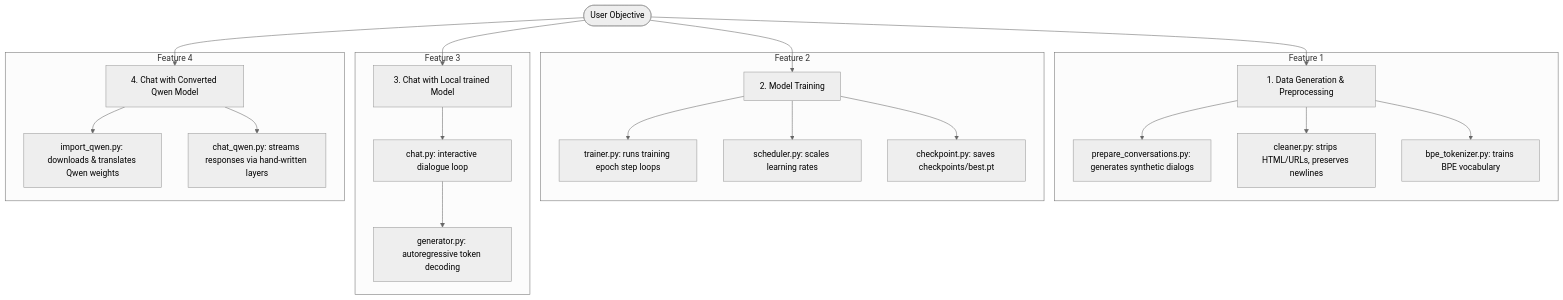
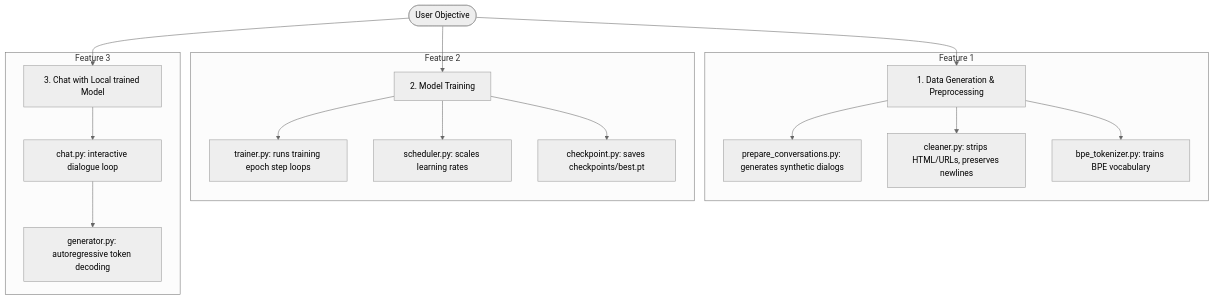
The diagram in brain/11_FEATURE_MAP.md (Aashutosh2021/ARIA_LLM), drawn with Mermaid (neutral theme) before and after one commit. The commit also changed other lines of this file and 27 other files, not shown here.

````diff
--- a/brain/11_FEATURE_MAP.md
+++ b/brain/11_FEATURE_MAP.md
@@ -7,33 +7,28 @@
 ```mermaid
 graph TD
     User([User Objective]) --> Prep[1. Data Generation & Preprocessing]
     User --> Train[2. Model Training]
     User --> ChatLocal[3. Chat with Local trained Model]
-    User --> ChatQwen[4. Chat with Converted Qwen Model]
-
+    
     %% Prep Subgraph
     subgraph Feature 1
         Prep --> GenConversations[prepare_conversations.py: generates synthetic dialogs]
         Prep --> CleanText[cleaner.py: strips HTML/URLs, preserves newlines]
         Prep --> TrainTokenizer[bpe_tokenizer.py: trains BPE vocabulary]
     end
 
     %% Train Subgraph
     subgraph Feature 2
         Train --> CustomTrainer[trainer.py: runs training epoch step loops]
         Train --> WarmupCosine[scheduler.py: scales learning rates]
         Train --> Checkpointing[checkpoint.py: saves checkpoints/best.pt]
     end
 
     %% Chat Local Subgraph
     subgraph Feature 3
         ChatLocal --> LocalREPL[chat.py: interactive dialogue loop]
         LocalREPL --> LocalInference[generator.py: autoregressive token decoding]
     end
 
-    %% Chat Qwen Subgraph
-    subgraph Feature 4
-        ChatQwen --> QwenConvert[import_qwen.py: downloads & translates Qwen weights]
-        ChatQwen --> QwenREPL[chat_qwen.py: streams responses via hand-written layers]
-    end
+    
 ```
````
